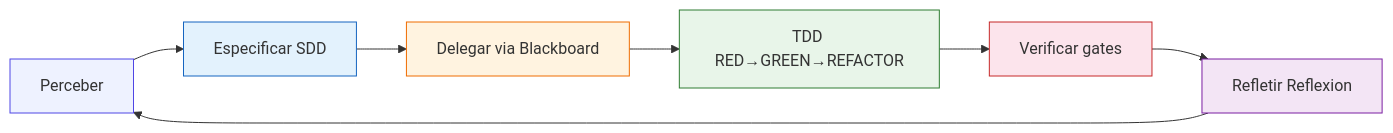
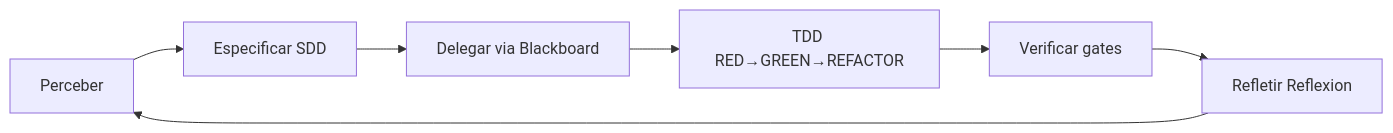
One commit to MarceloClaro/opencode-ecosystem-core changed the fifth of 6 diagrams in README.md. Above: the diagram before and after it, drawn with Mermaid. The commit also changed other lines of this file and 43 other files, not shown here.

````diff
--- a/README.md
+++ b/README.md
@@ -221,16 +291,9 @@
 ```mermaid
 flowchart LR
     P[Perceber] --> S[Especificar SDD]
     S --> D[Delegar via Blackboard]
     D --> T[TDD RED→GREEN→REFACTOR]
     T --> V[Verificar gates]
     V --> R[Refletir Reflexion]
     R --> P
-
-    style P fill:#eef2ff,stroke:#4f46e5
-    style S fill:#e3f2fd,stroke:#1565c0
-    style D fill:#fff3e0,stroke:#ef6c00
-    style T fill:#e8f5e9,stroke:#2e7d32
-    style V fill:#fce4ec,stroke:#c62828
-    style R fill:#f3e5f5,stroke:#7b1fa2
 ```
````
